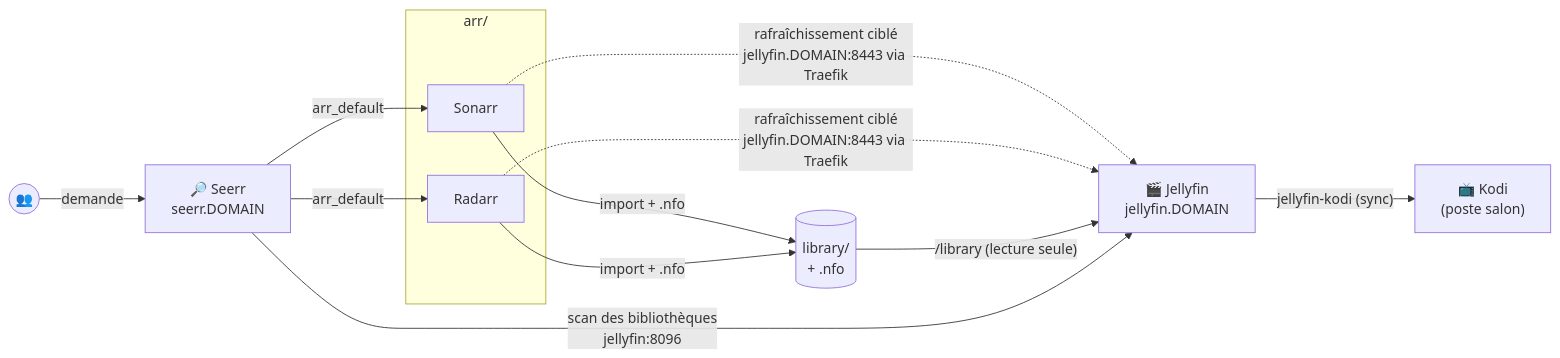
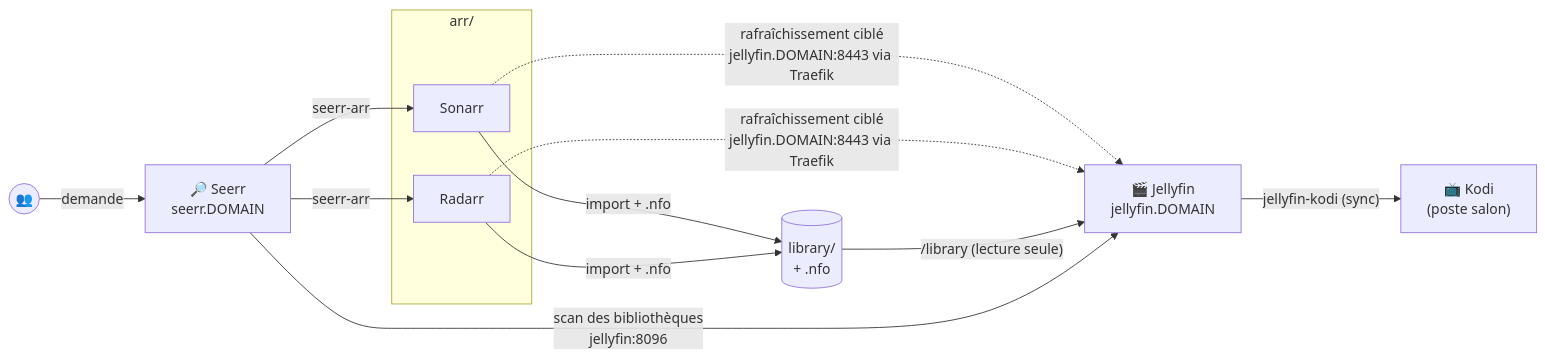
One commit to nattyebola/home-server-services changed the diagram in docs/medias.md. Above: the diagram before and after it, drawn with Mermaid. The commit also changed other lines of this file and 7 other files, not shown here.

First line of the commit message:
fix(seerr): réseau dédié seerr-arr, plus d'accès à Prowlarr ni cross-seed

````diff
--- a/docs/medias.md
+++ b/docs/medias.md
@@ -9,20 +9,20 @@
 ```mermaid
 flowchart LR
     subgraph arr["arr/"]
         Sonarr
         Radarr
     end
     Lib[("library/<br>+ .nfo")]
     Jellyfin["🎬 Jellyfin<br>jellyfin.DOMAIN"]
     Seerr["🔎 Seerr<br>seerr.DOMAIN"]
     Kodi["📺 Kodi<br>(poste salon)"]
     Users(("👥"))
 
     Sonarr & Radarr -->|"import + .nfo"| Lib
     Sonarr & Radarr -.->|"rafraîchissement ciblé<br>jellyfin.DOMAIN:8443 via Traefik"| Jellyfin
     Lib -->|"/library (lecture seule)"| Jellyfin
     Jellyfin -->|"jellyfin-kodi (sync)"| Kodi
     Users -->|"demande"| Seerr
-    Seerr -->|"arr_default"| Sonarr & Radarr
+    Seerr -->|"seerr-arr"| Sonarr & Radarr
     Seerr -->|"scan des bibliothèques<br>jellyfin:8096"| Jellyfin
 ```
````
